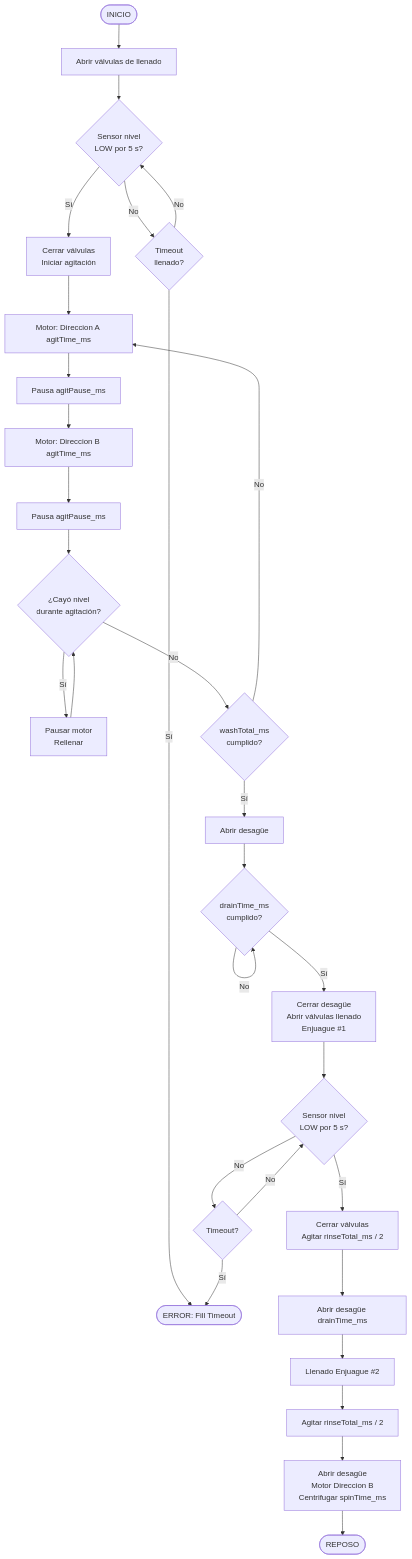
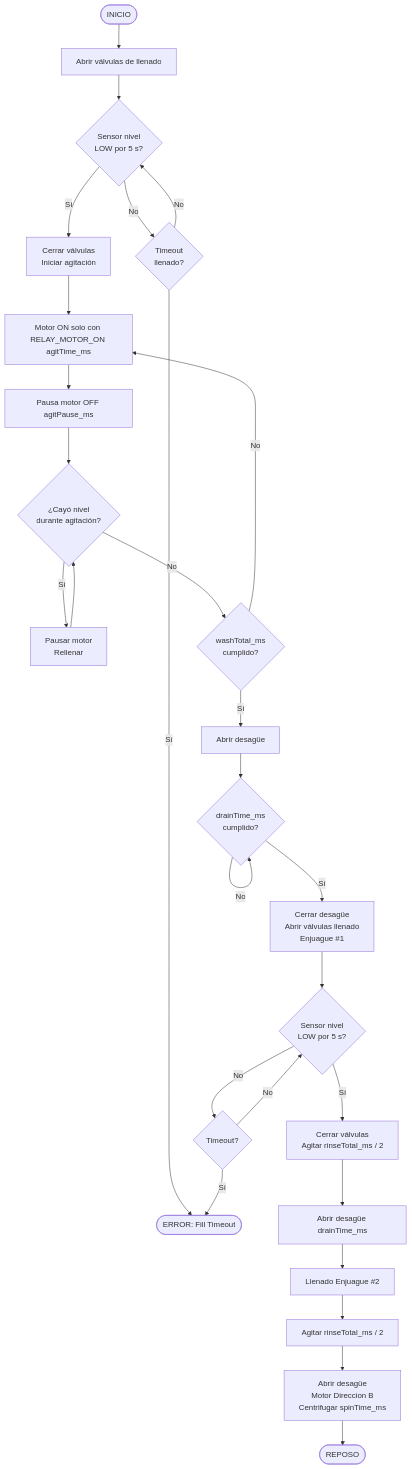
One commit to carlosD2884MK/Lavadora-ESP32 changed the second of 6 diagrams in MANUAL.md. Above: the diagram before and after it, drawn with Mermaid. The commit also changed other lines of this file and 5 other files, not shown here.

````diff
--- a/MANUAL.md
+++ b/MANUAL.md
@@ -194,35 +202,33 @@
 ```mermaid
 flowchart TD
     A([INICIO]) --> B[Abrir válvulas de llenado]
     B --> C{Sensor nivel\nLOW por 5 s?}
     C -- No --> D{Timeout\nllenado?}
     D -- No --> C
     D -- Sí --> ERR([ERROR: Fill Timeout])
     C -- Sí --> E[Cerrar válvulas\nIniciar agitación]
 
-    E --> F[Motor: Direccion A agitTime_ms]
-    F --> G[Pausa agitPause_ms]
-    G --> H[Motor: Direccion B agitTime_ms]
-    H --> I[Pausa agitPause_ms]
-    I --> J{¿Cayó nivel\ndurante agitación?}
+    E --> F[Motor ON solo con RELAY_MOTOR_ON agitTime_ms]
+    F --> G[Pausa motor OFF agitPause_ms]
+    G --> J{¿Cayó nivel\ndurante agitación?}
     J -- Sí --> K[Pausar motor\nRellenar]
     K --> J
     J -- No --> L{washTotal_ms\ncumplido?}
     L -- No --> F
     L -- Sí --> M[Abrir desagüe]
 
     M --> N{drainTime_ms\ncumplido?}
     N -- No --> N
     N -- Sí --> O[Cerrar desagüe\nAbrir válvulas llenado\nEnjuague #1]
     O --> P{Sensor nivel\nLOW por 5 s?}
     P -- No --> Q{Timeout?}
     Q -- Sí --> ERR
     Q -- No --> P
     P -- Sí --> R[Cerrar válvulas\nAgitar rinseTotal_ms / 2]
 
     R --> S[Abrir desagüe drainTime_ms]
     S --> T[Llenado Enjuague #2]
     T --> U[Agitar rinseTotal_ms / 2]
     U --> V[Abrir desagüe\nMotor Direccion B\nCentrifugar spinTime_ms]
     V --> W([REPOSO])
 ```
````
